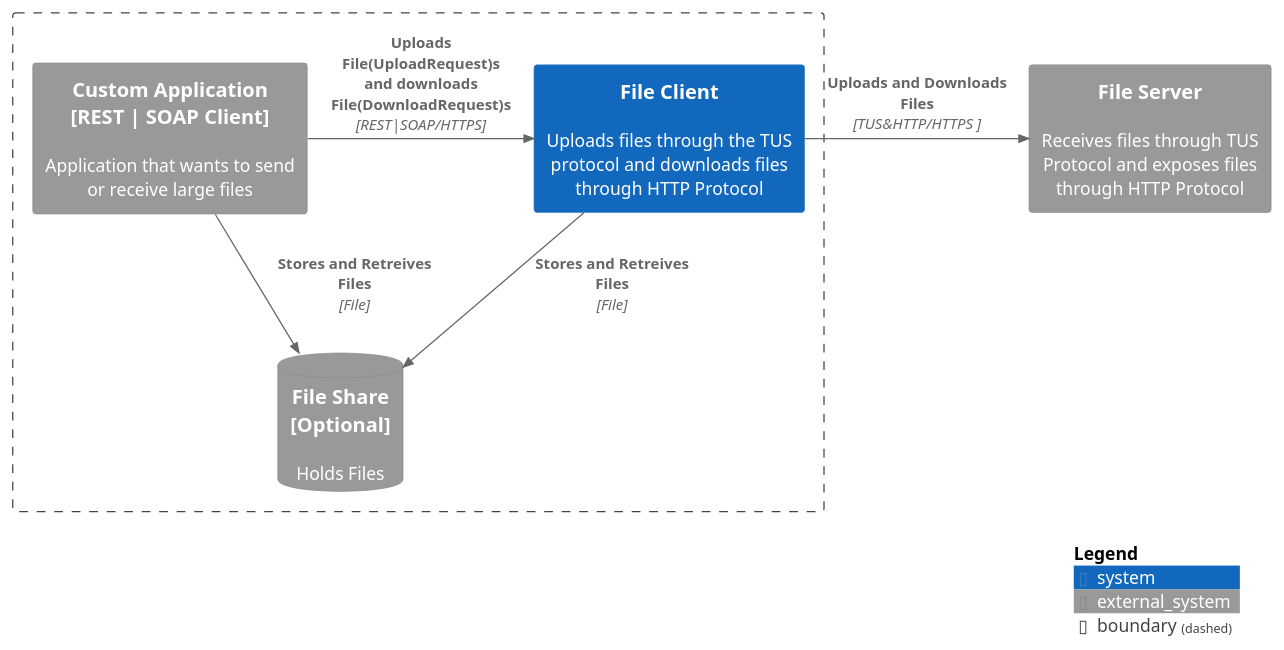
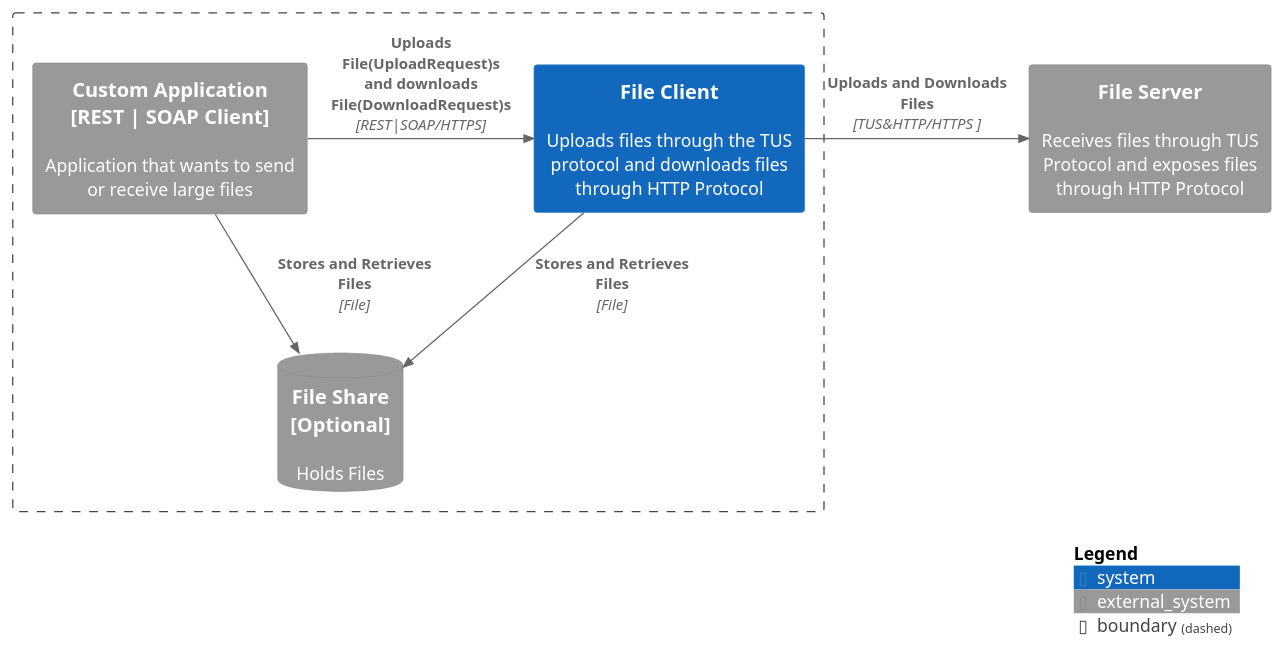
One commit to eluinstra/file-server-documentation changed the diagram in docs/img/Context Digram - File Client.puml. Above: the diagram before and after it, drawn with PlantUML. The commit also changed 16 other files, not shown here.

```diff
--- a/docs/img/Context Digram - File Client.puml
+++ b/docs/img/Context Digram - File Client.puml
@@ -1,21 +1,21 @@
 @startuml
 !include <C4/C4_Container>
 ' !include https://raw.githubusercontent.com/plantuml-stdlib/C4-PlantUML/master/C4_Container.puml
 
 skinparam backgroundColor transparent
 
 Boundary(b0, "", "") {
     System_Ext(app0, "Custom Application\n[REST | SOAP Client]", "Application that wants to send or receive large files")
     SystemDb_Ext(file0, "File Share\n[Optional]", "Holds Files")
     System(fc, "File Client", "Uploads files through the TUS protocol and downloads files through HTTP Protocol")
 }
 System_Ext(fs, "File Server", "Receives files through TUS Protocol and exposes files through HTTP Protocol")
 
 Rel_R(app0, fc, "Uploads File(UploadRequest)s and downloads File(DownloadRequest)s", "REST|SOAP/HTTPS")
-Rel(app0, file0, "Stores and Retreives Files", "File")
-Rel(fc, file0, "Stores and Retreives Files", "File")
+Rel(app0, file0, "Stores and Retrieves Files", "File")
+Rel(fc, file0, "Stores and Retrieves Files", "File")
 Rel_R(fc, fs, "Uploads and Downloads Files", "TUS&HTTP/HTTPS ")
 
 SHOW_DYNAMIC_LEGEND()
 
 @enduml
```
